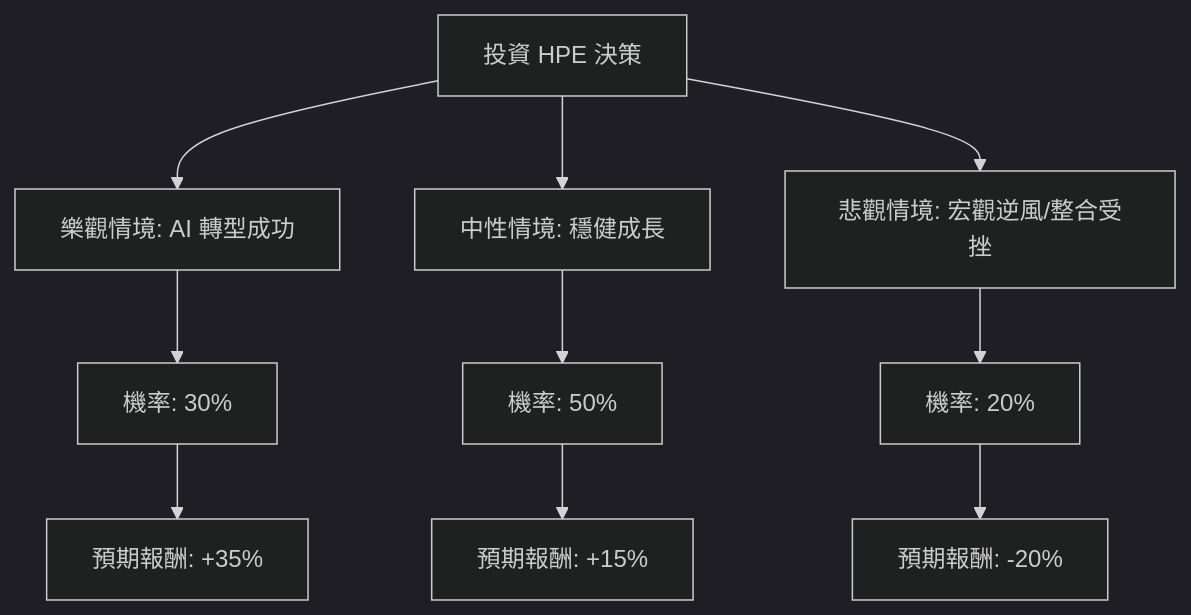
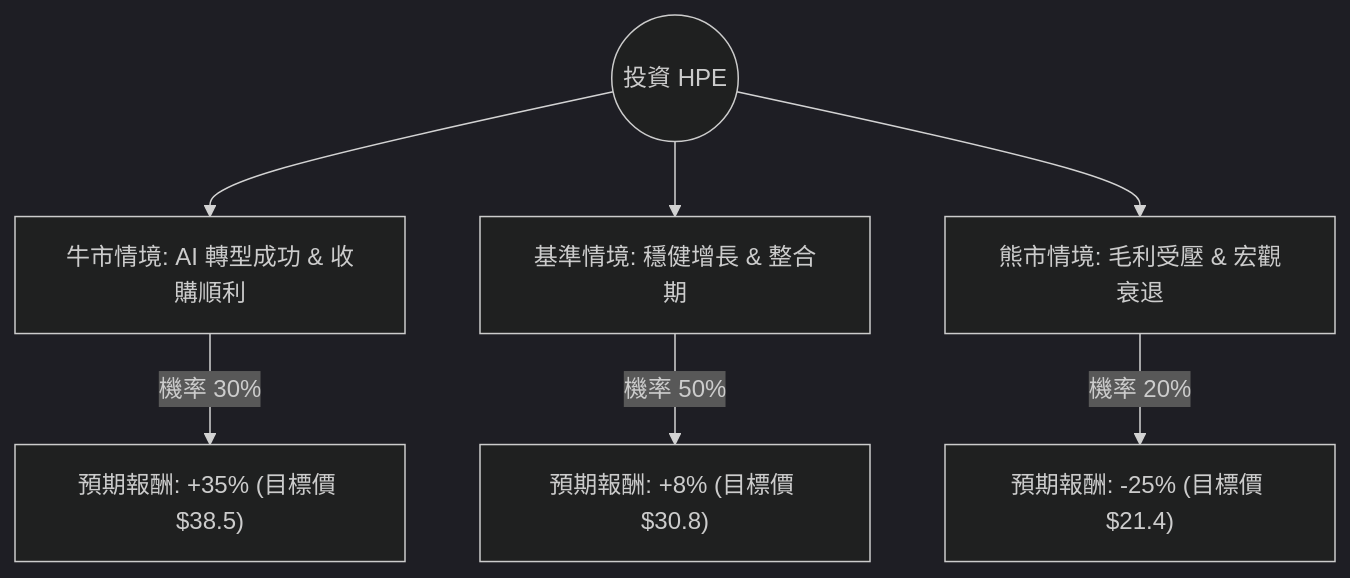
Before and after one commit to zmcx16/zmcx16.github.io: the diagram in plugin-react/ai-analysis/ev-analysis/HPE.md, drawn with Mermaid (dark theme). The commit also changed other lines of this file and 63 other files, not shown here.

````diff
--- a/plugin-react/ai-analysis/ev-analysis/HPE.md
+++ b/plugin-react/ai-analysis/ev-analysis/HPE.md
@@ -20,15 +19,10 @@
 ```mermaid
 graph TD
-    Start[投資 HPE 決策] --> Bull[樂觀情境: AI 轉型成功]
-    Start --> Base[中性情境: 穩健成長]
-    Start --> Bear[悲觀情境: 宏觀逆風/整合受挫]
+    Start((投資 HPE)) --> Bull[牛市情境: AI 轉型成功 & 收購順利]
+    Start --> Base[基準情境: 穩健增長 & 整合期]
+    Start --> Bear[熊市情境: 毛利受壓 & 宏觀衰退]
 
-    Bull --> BullProb[機率: 30%]
-    BullProb --> BullROI[預期報酬: +35%]
-    
-    Base --> BaseProb[機率: 50%]
-    BaseProb --> BaseROI[預期報酬: +15%]
-    
-    Bear --> BearProb[機率: 20%]
-    BearProb --> BearROI[預期報酬: -20%]
+    Bull -- "機率 30%" --> BullVal["預期報酬: +35% (目標價 $38.5)"]
+    Base -- "機率 50%" --> BaseVal["預期報酬: +8% (目標價 $30.8)"]
+    Bear -- "機率 20%" --> BearVal["預期報酬: -25% (目標價 $21.4)"]
 ```
````
